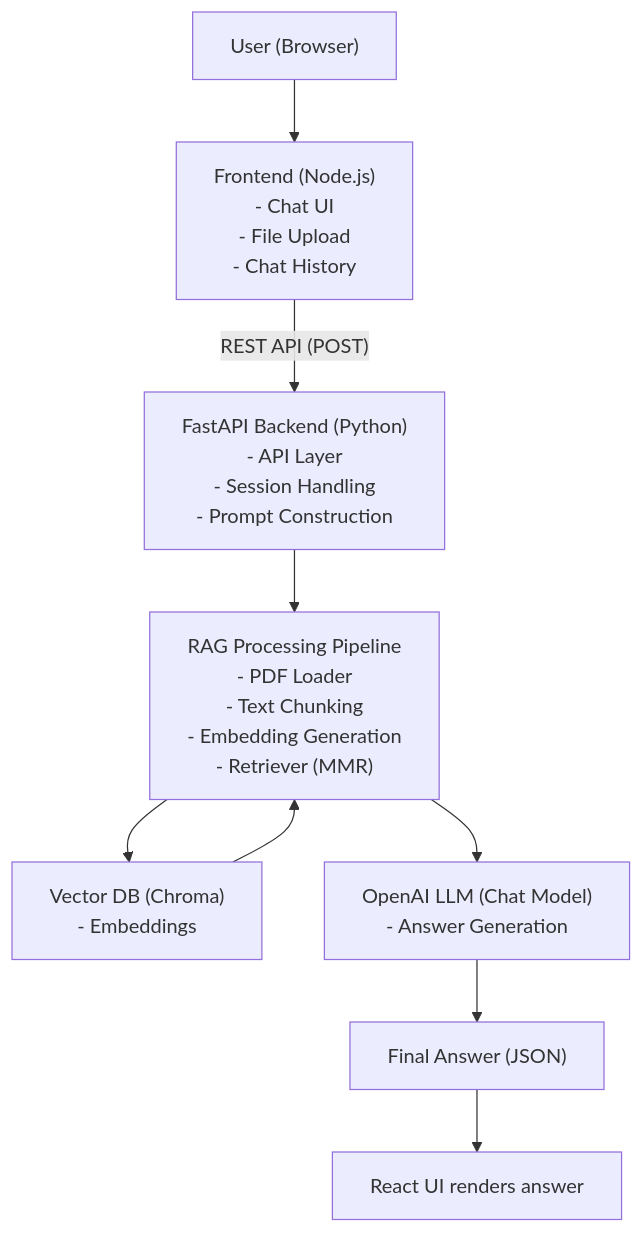
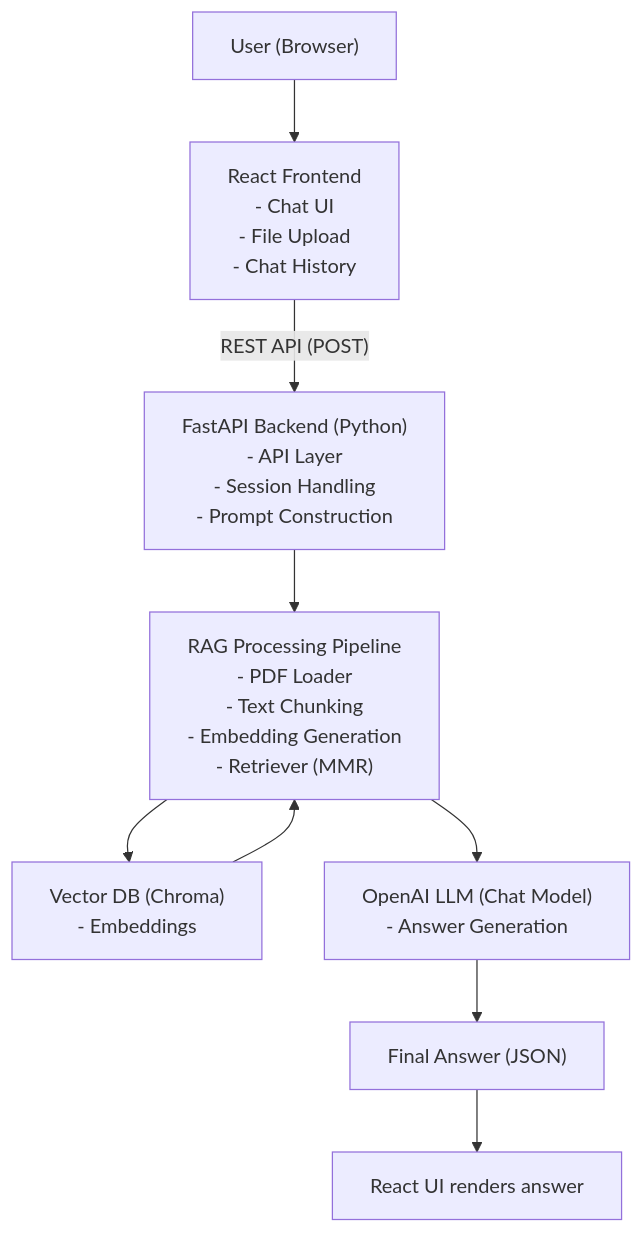
Before and after one commit to ravi-codez/VajraX: the diagram in README.md, drawn with Mermaid.

Commit message:
Fix formatting of frontend section in README

````diff
--- a/README.md
+++ b/README.md
@@ -17,39 +17,39 @@
 ```mermaid
 flowchart TD
     U["User (Browser)"]
 
-    FE["Frontend (Node.js)
+    FE["React Frontend 
     - Chat UI
     - File Upload
     - Chat History"]
 
     BE["FastAPI Backend (Python)
     - API Layer
     - Session Handling
     - Prompt Construction"]
 
     RAG["RAG Processing Pipeline
     - PDF Loader
     - Text Chunking
     - Embedding Generation
     - Retriever (MMR)"]
 
     VDB["Vector DB (Chroma)
     - Embeddings"]
 
     LLM["OpenAI LLM (Chat Model)
     - Answer Generation"]
 
     FA["Final Answer (JSON)"]
 
     UI["React UI renders answer"]
 
     U --> FE
     FE -->|"REST API (POST)"| BE
     BE --> RAG
     RAG --> VDB
     RAG --> LLM
     VDB --> RAG
     LLM --> FA
     FA --> UI
 ```
````
